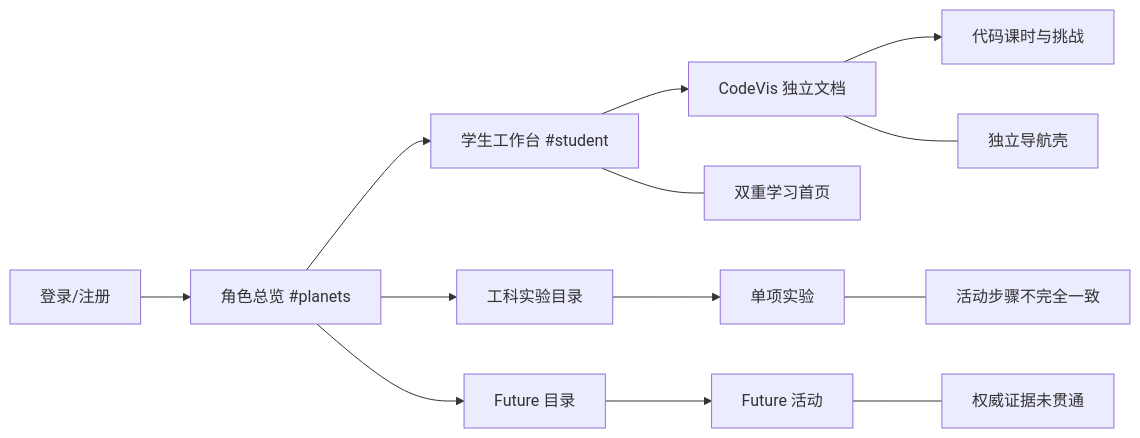
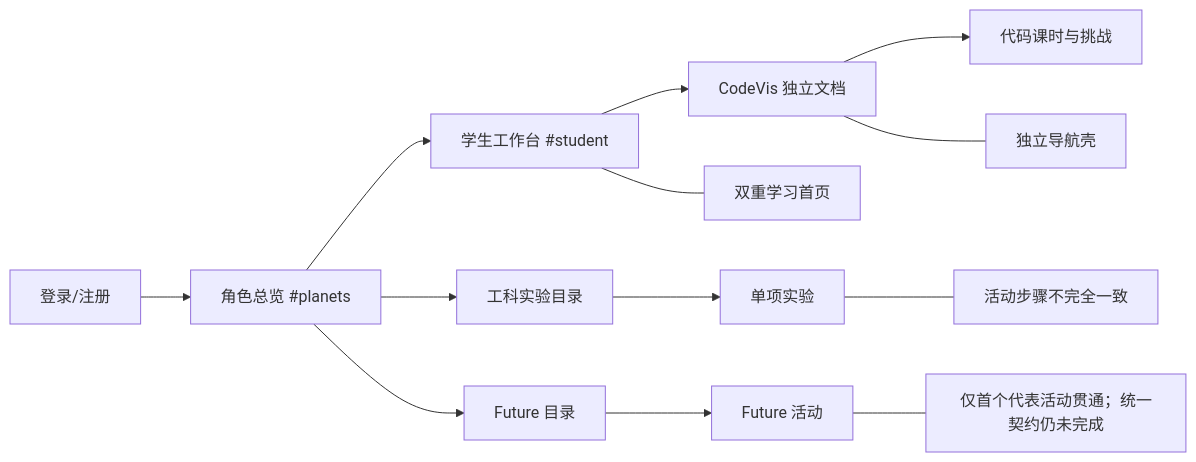
Before and after one commit to falling-feather/Astra: the first of 6 diagrams in doc/02-项目规划.md, drawn with Mermaid. The commit also changed other lines of this file and 1 other file, not shown here.

````diff
--- a/doc/02-项目规划.md
+++ b/doc/02-项目规划.md
@@ -143,15 +144,15 @@
 ```mermaid
 flowchart LR
     LOGIN["登录/注册"] --> HOME["角色总览 #planets"]
     HOME --> STUDENT["学生工作台 #student"]
     HOME --> LAB["工科实验目录"]
     HOME --> FUTURE["Future 目录"]
     STUDENT --> CODE["CodeVis 独立文档"]
     LAB --> EXP["单项实验"]
     FUTURE --> FA["Future 活动"]
     CODE --> CA["代码课时与挑战"]
     STUDENT --- GAP1["双重学习首页"]
     CODE --- GAP2["独立导航壳"]
     EXP --- GAP3["活动步骤不完全一致"]
-    FA --- GAP4["权威证据未贯通"]
+    FA --- GAP4["仅首个代表活动贯通；统一契约仍未完成"]
 ```
````
